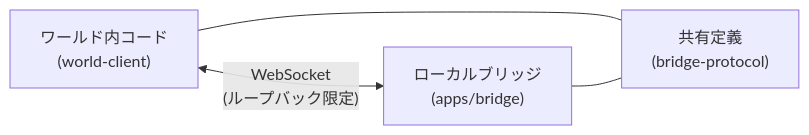
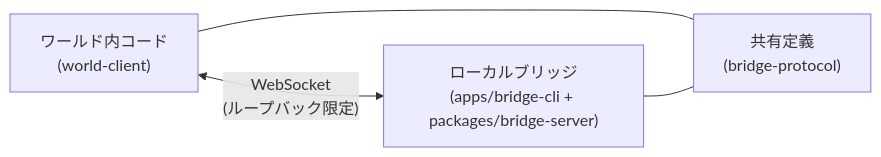
The first of 2 diagrams in design/bridge.md (WebXR-JP/xrift-bridge), drawn with Mermaid before and after one commit. The commit also changed other lines of this file and 36 other files, not shown here.

````diff
--- a/design/bridge.md
+++ b/design/bridge.md
@@ -26,6 +27,6 @@
 ```mermaid
 flowchart LR
-    W["ワールド内コード<br/>(world-client)"] <-->|"WebSocket<br/>(ループバック限定)"| B["ローカルブリッジ<br/>(apps/bridge)"]
+    W["ワールド内コード<br/>(world-client)"] <-->|"WebSocket<br/>(ループバック限定)"| B["ローカルブリッジ<br/>(apps/bridge-cli + packages/bridge-server)"]
     W --- S["共有定義<br/>(bridge-protocol)"]
     B --- S
 ```
````
